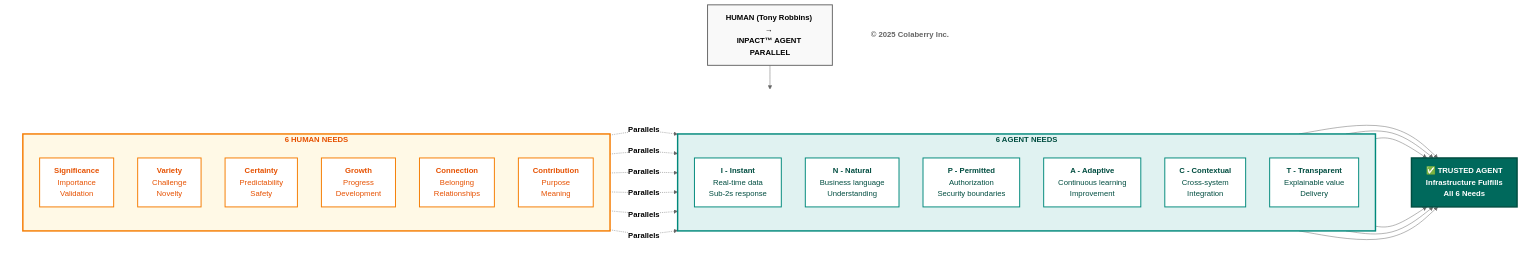
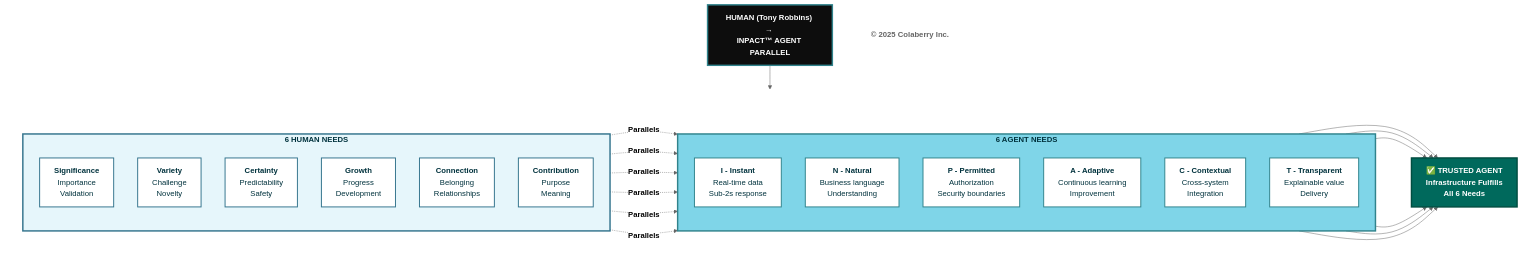
One commit to saitejesh-cyber/trust-before-intelligence-book changed the third of 12 diagrams in manuscript/03_chapter_2_inpact_framework.md. Above: the diagram before and after it, drawn with Mermaid (neutral theme). The commit also changed other lines of this file, not shown here.

Commit message:
Update mermaid diagrams as per new coloberry color and contrast ratio for chapter 3

````diff
--- a/manuscript/03_chapter_2_inpact_framework.md
+++ b/manuscript/03_chapter_2_inpact_framework.md
@@ -126,72 +126,72 @@
 ```mermaid
 graph TB
     TITLE["<b>HUMAN (Tony Robbins) → <br/>INPACT™ AGENT PARALLEL</b>"]
     
     TITLE --> ROW
     
     subgraph ROW[" "]
         direction LR
         
         subgraph HUMAN["<b>6 HUMAN NEEDS </b>"]
             direction TB
             H1["<b>Significance</b><br/>Importance<br/>Validation"]
             H2["<b>Variety</b><br/>Challenge<br/>Novelty"]
             H3["<b>Certainty</b><br/>Predictability<br/>Safety"]
             H4["<b>Growth</b><br/>Progress<br/>Development"]
             H5["<b>Connection</b><br/>Belonging<br/>Relationships"]
             H6["<b>Contribution</b><br/>Purpose<br/>Meaning"]
         end
         
         subgraph AGENT["<b>6 AGENT NEEDS</b>"]
             direction TB
             A1["<b>I - Instant</b><br/>Real-time data<br/>Sub-2s response"]
             A2["<b>N - Natural</b><br/>Business language<br/>Understanding"]
             A3["<b>P - Permitted</b><br/>Authorization<br/>Security boundaries"]
             A4["<b>A - Adaptive</b><br/>Continuous learning<br/>Improvement"]
             A5["<b>C - Contextual</b><br/>Cross-system<br/>Integration"]
             A6["<b>T - Transparent</b><br/>Explainable value<br/>Delivery"]
         end
         
         TRUST["<b>✅ TRUSTED AGENT</b><br/><b>Infrastructure Fulfills <br/>All 6 Needs</b>"]
         
         H1 -.->|<b>Parallels</b>| A1
         H2 -.->|<b>Parallels</b>| A2
         H3 -.->|<b>Parallels</b>| A3
         H4 -.->|<b>Parallels</b>| A4
         H5 -.->|<b>Parallels</b>| A5
         H6 -.->|<b>Parallels</b>| A6
         
         A1 --> TRUST
         A2 --> TRUST
         A3 --> TRUST
         A4 --> TRUST
         A5 --> TRUST
         A6 --> TRUST
     end
     
     COPYRIGHT["<b>© 2025 Colaberry Inc.</b>"]
     
-    style TITLE fill:#f9f9f9,stroke:#666666,stroke-width:2px,color:#000000
+    style TITLE fill:#0D0D0D,color:#ffffff,stroke:#30838C,stroke-width:3px
     
     style ROW fill:#ffffff,stroke:none
     
-    style HUMAN fill:#fff9e6,stroke:#f57c00,stroke-width:3px,color:#e65100
-    style H1 fill:#ffffff,stroke:#f57c00,stroke-width:2px,color:#e65100
-    style H2 fill:#ffffff,stroke:#f57c00,stroke-width:2px,color:#e65100
-    style H3 fill:#ffffff,stroke:#f57c00,stroke-width:2px,color:#e65100
-    style H4 fill:#ffffff,stroke:#f57c00,stroke-width:2px,color:#e65100
-    style H5 fill:#ffffff,stroke:#f57c00,stroke-width:2px,color:#e65100
-    style H6 fill:#ffffff,stroke:#f57c00,stroke-width:2px,color:#e65100
-    
-    style AGENT fill:#e0f2f1,stroke:#00897b,stroke-width:3px,color:#004d40
-    style A1 fill:#ffffff,stroke:#00897b,stroke-width:2px,color:#004d40
-    style A2 fill:#ffffff,stroke:#00897b,stroke-width:2px,color:#004d40
-    style A3 fill:#ffffff,stroke:#00897b,stroke-width:2px,color:#004d40
-    style A4 fill:#ffffff,stroke:#00897b,stroke-width:2px,color:#004d40
-    style A5 fill:#ffffff,stroke:#00897b,stroke-width:2px,color:#004d40
-    style A6 fill:#ffffff,stroke:#00897b,stroke-width:2px,color:#004d40
+    style HUMAN fill:#E6F6FB,stroke:#32738C,stroke-width:3px,color:#00323D
+    style H1 fill:#ffffff,stroke:#32738C,stroke-width:2px,color:#00323D
+    style H2 fill:#ffffff,stroke:#32738C,stroke-width:2px,color:#00323D
+    style H3 fill:#ffffff,stroke:#32738C,stroke-width:2px,color:#00323D
+    style H4 fill:#ffffff,stroke:#32738C,stroke-width:2px,color:#00323D
+    style H5 fill:#ffffff,stroke:#32738C,stroke-width:2px,color:#00323D
+    style H6 fill:#ffffff,stroke:#32738C,stroke-width:2px,color:#00323D
+
+    style AGENT fill:#7FD5E8,stroke:#30838C,stroke-width:3px,color:#00323D
+    style A1 fill:#ffffff,stroke:#30838C,stroke-width:2px,color:#00323D
+    style A2 fill:#ffffff,stroke:#30838C,stroke-width:2px,color:#00323D
+    style A3 fill:#ffffff,stroke:#30838C,stroke-width:2px,color:#00323D
+    style A4 fill:#ffffff,stroke:#30838C,stroke-width:2px,color:#00323D
+    style A5 fill:#ffffff,stroke:#30838C,stroke-width:2px,color:#00323D
+    style A6 fill:#ffffff,stroke:#30838C,stroke-width:2px,color:#00323D
     
     style TRUST fill:#00695c,color:#ffffff,stroke:#004d40,stroke-width:3px
     
     style COPYRIGHT fill:#ffffff,stroke:none,color:#666666
 ```
````
